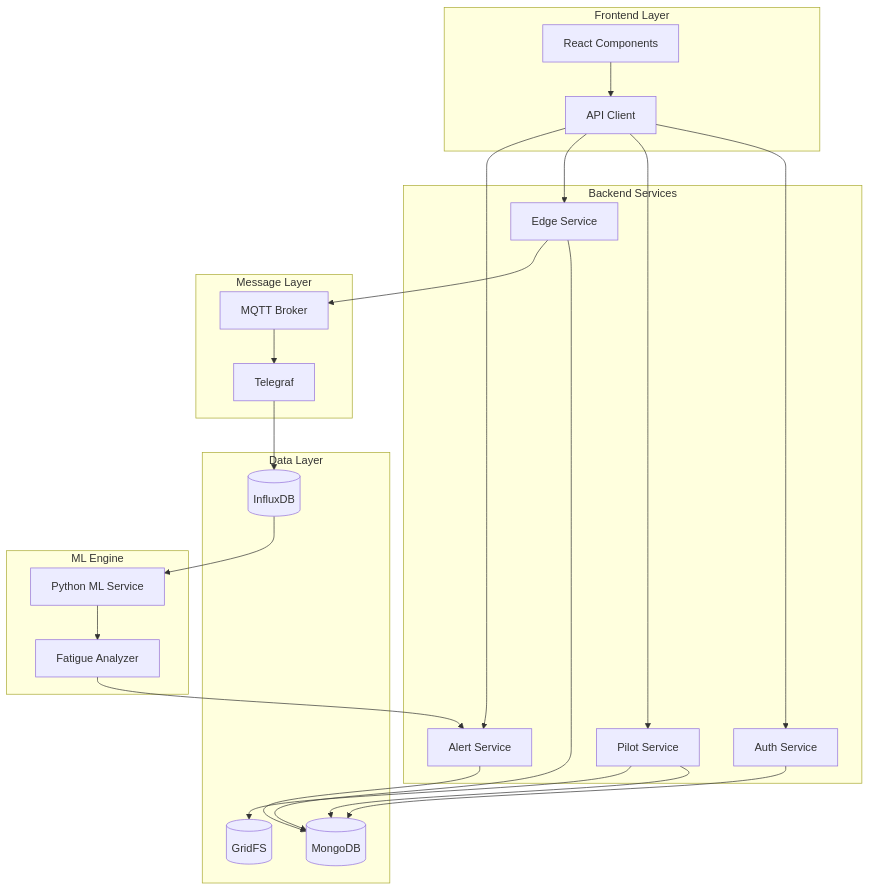
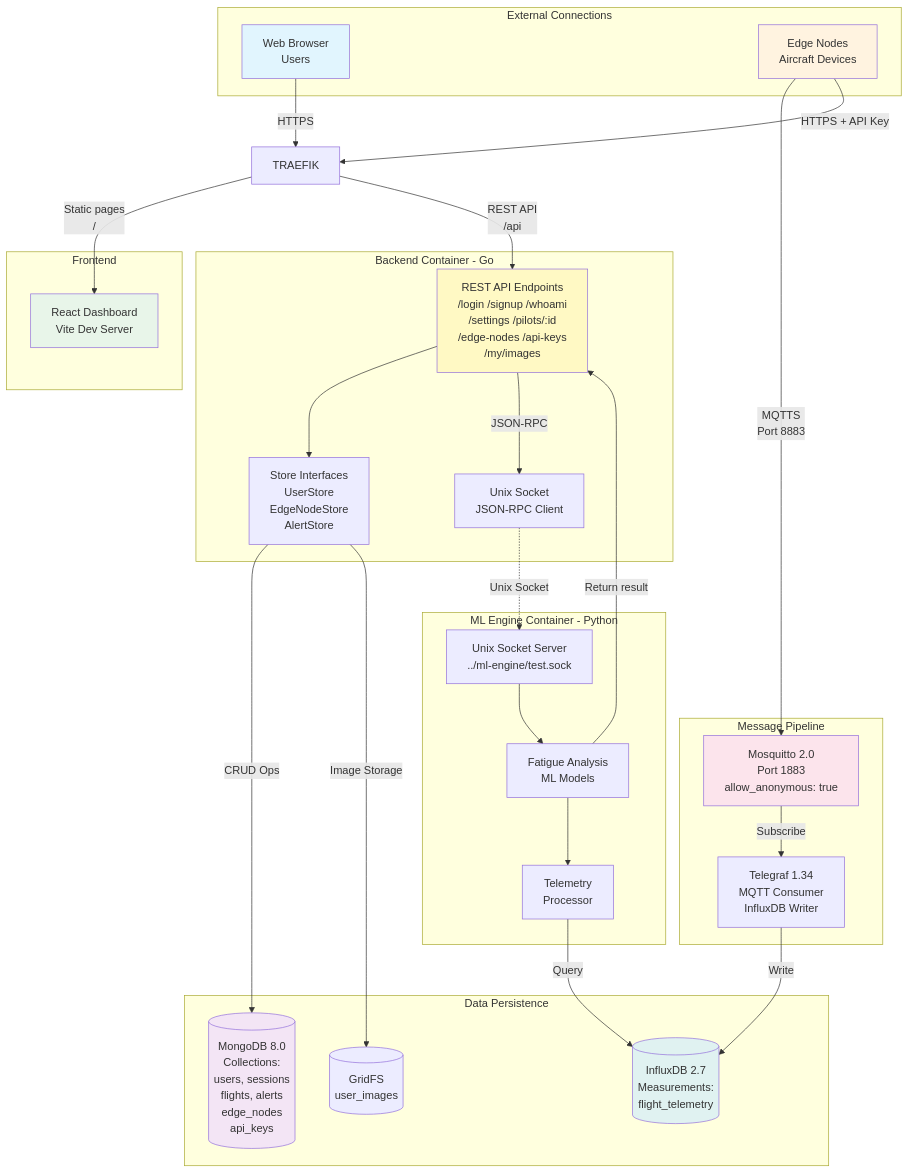
The fourth of 5 diagrams in docs/Create PTA-Aviation_Project_SEN381_task1.md (RoundRobinHood/cogniflight-cloud), drawn with Mermaid before and after one commit. The commit also changed other lines of this file, not shown here.

````diff
--- a/docs/Create PTA-Aviation_Project_SEN381_task1.md
+++ b/docs/Create PTA-Aviation_Project_SEN381_task1.md
@@ -224,50 +308,66 @@
 ```mermaid
 graph TB
-    subgraph "Frontend Layer"
-        RC[React Components]
-        API[API Client]
+    subgraph "External Connections"
+        WEB[Web Browser<br/>Users]
+        EDGE[Edge Nodes<br/>Aircraft Devices]
     end
     
-    subgraph "Backend Services"
-        AUTH[Auth Service]
-        PILOT[Pilot Service]
-        EDGE[Edge Service]
-        ALERT[Alert Service]
+    subgraph "Frontend"
+        RC[React Dashboard<br/>Vite Dev Server]
     end
     
-    subgraph "Data Layer"
-        MONGO[(MongoDB)]
-        INFLUX[(InfluxDB)]
-        GRIDFS[(GridFS)]
+    subgraph "Backend Container - Go"
+        API[REST API Endpoints<br/>/login /signup /whoami<br/>/settings /pilots/:id<br/>/edge-nodes /api-keys<br/>/my/images]
+        STORES[Store Interfaces<br/>UserStore<br/>EdgeNodeStore<br/>AlertStore]
+        SOCKET[Unix Socket<br/>JSON-RPC Client]
     end
     
-    subgraph "ML Engine"
-        ML[Python ML Service]
-        FATIGUE[Fatigue Analyzer]
+    subgraph "ML Engine Container - Python"
+        MLSOCKET[Unix Socket Server<br/>../ml-engine/test.sock]
+        MODEL[Fatigue Analysis<br/>ML Models]
+        PROCESSOR[Telemetry<br/>Processor]
     end
     
-    subgraph "Message Layer"
-        MQTT[MQTT Broker]
-        TELEGRAF[Telegraf]
+    subgraph "Message Pipeline"
+        MQTT[Mosquitto 2.0<br/>Port 1883<br/>allow_anonymous: true]
+        TELEGRAF[Telegraf 1.34<br/>MQTT Consumer<br/>InfluxDB Writer]
     end
     
-    RC --> API
-    API --> AUTH
-    API --> PILOT
-    API --> EDGE
-    API --> ALERT
+    subgraph "Data Persistence"
+        MONGO[(MongoDB 8.0<br/>Collections:<br/>users, sessions<br/>flights, alerts<br/>edge_nodes<br/>api_keys)]
+        INFLUX[(InfluxDB 2.7<br/>Measurements:<br/>flight_telemetry)]
+        GRIDFS[(GridFS<br/>user_images)]
+    end
+
+    WEB -->|HTTPS| TRAEFIK
+
+    TRAEFIK -->|Static pages<br/>/| RC
+    TRAEFIK -->|REST API<br/>/api| API
+
     
-    AUTH --> MONGO
-    PILOT --> MONGO
-    EDGE --> MONGO
-    ALERT --> MONGO
-    PILOT --> GRIDFS
+    EDGE -->|MQTTS<br/>Port 8883| MQTT
+    EDGE -->|HTTPS + API Key| TRAEFIK
     
-    EDGE --> MQTT
-    MQTT --> TELEGRAF
-    TELEGRAF --> INFLUX
+    API --> STORES
+    STORES -->|CRUD Ops| MONGO
+    STORES -->|Image Storage| GRIDFS
     
-    INFLUX --> ML
-    ML --> FATIGUE
-    FATIGUE --> ALERT
+    API -->|JSON-RPC| SOCKET
+    SOCKET -.->|Unix Socket| MLSOCKET
+    MLSOCKET --> MODEL
+    MODEL --> PROCESSOR
+    
+    MQTT -->|Subscribe| TELEGRAF
+    TELEGRAF -->|Write| INFLUX
+    
+    PROCESSOR -->|Query| INFLUX
+    MODEL -->|Return result| API
+    
+    style WEB fill:#e1f5fe
+    style EDGE fill:#fff3e0
+    style RC fill:#e8f5e9
+    style API fill:#fff9c4
+    style MQTT fill:#fce4ec
+    style INFLUX fill:#e0f2f1
+    style MONGO fill:#f3e5f5
 ```
````
